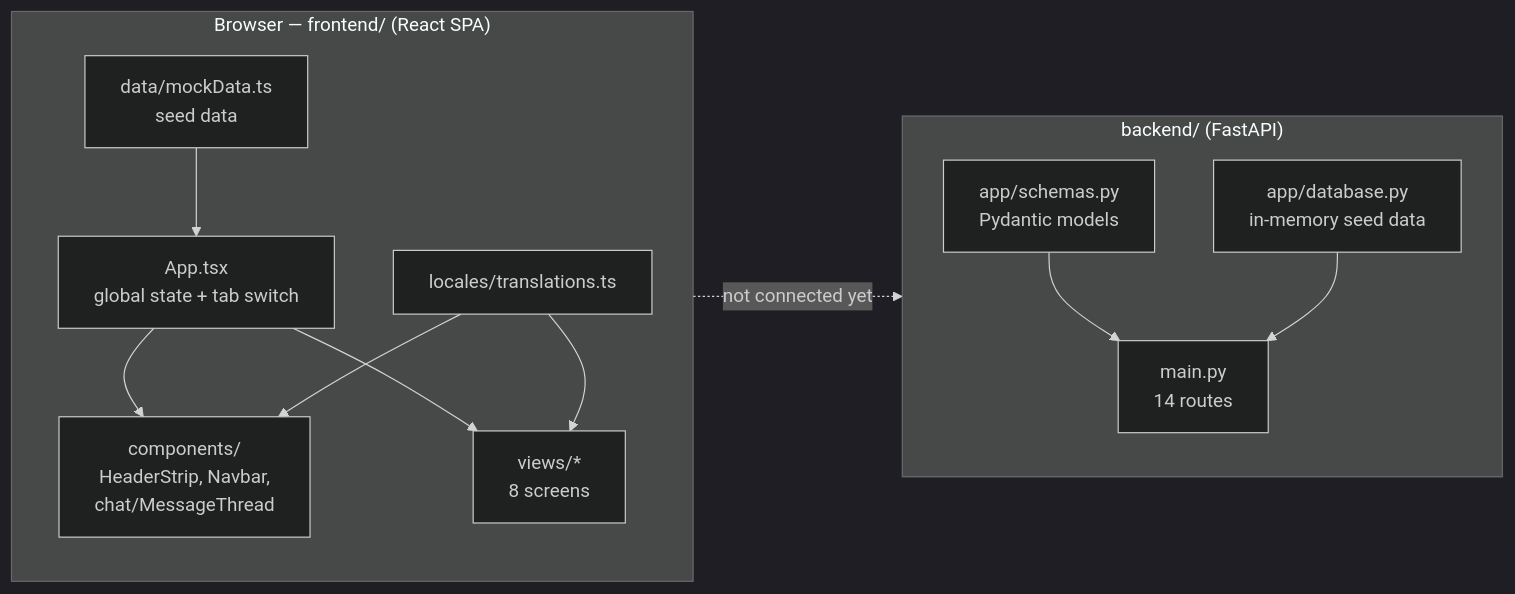
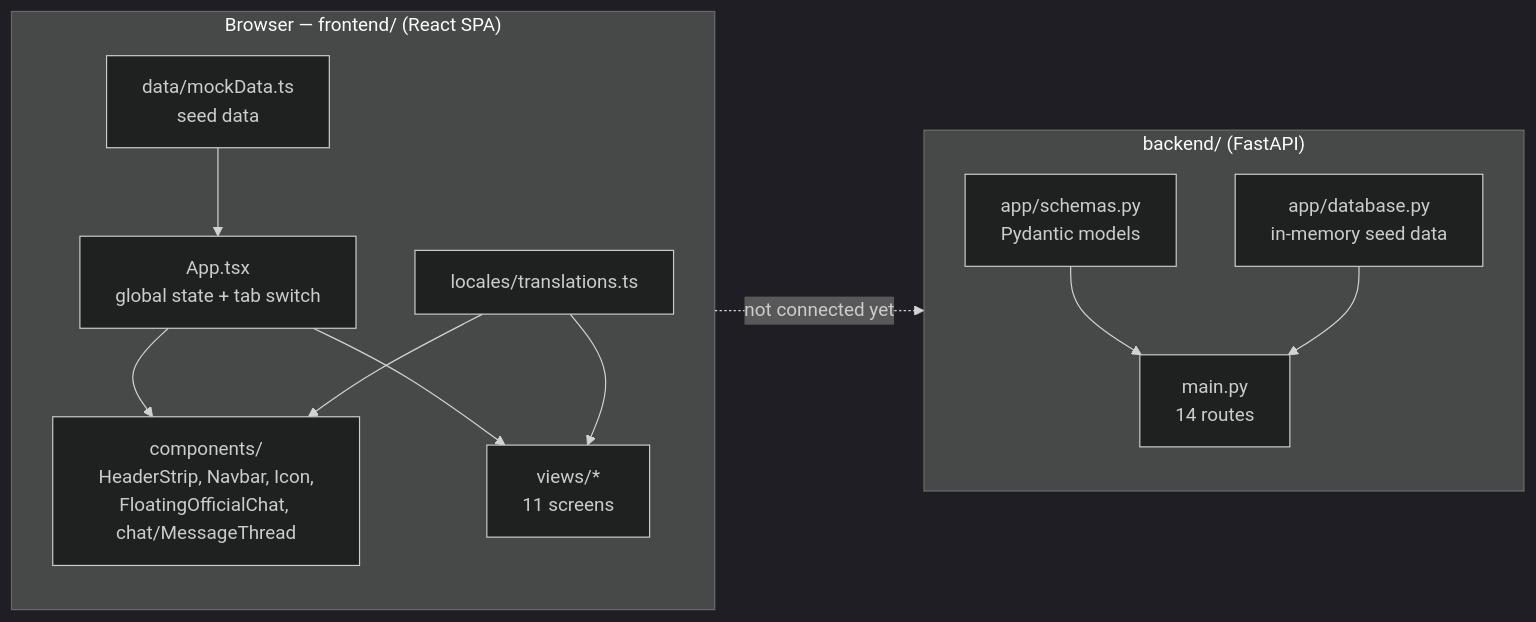
The first of 2 diagrams in docs/02-architecture.md (AsawariPawar0322/AICTE-NIVARAN), drawn with Mermaid (dark theme) before and after one commit. The commit also changed other lines of this file and 11 other files, not shown here.

````diff
--- a/docs/02-architecture.md
+++ b/docs/02-architecture.md
@@ -23,23 +23,23 @@
 ```mermaid
 flowchart LR
     subgraph Browser["Browser — frontend/ (React SPA)"]
         App["App.tsx<br/>global state + tab switch"]
         Mock["data/mockData.ts<br/>seed data"]
-        Views["views/*<br/>8 screens"]
-        Comp["components/<br/>HeaderStrip, Navbar,<br/>chat/MessageThread"]
+        Views["views/*<br/>11 screens"]
+        Comp["components/<br/>HeaderStrip, Navbar, Icon,<br/>FloatingOfficialChat, chat/MessageThread"]
         I18n["locales/translations.ts"]
         Mock --> App
         App --> Comp
         App --> Views
         I18n --> Comp
         I18n --> Views
     end
     subgraph Server["backend/ (FastAPI)"]
         Main["main.py<br/>14 routes"]
         Schemas["app/schemas.py<br/>Pydantic models"]
         DB["app/database.py<br/>in-memory seed data"]
         Schemas --> Main
         DB --> Main
     end
     Browser -. "not connected yet" .-> Server
 ```
````
